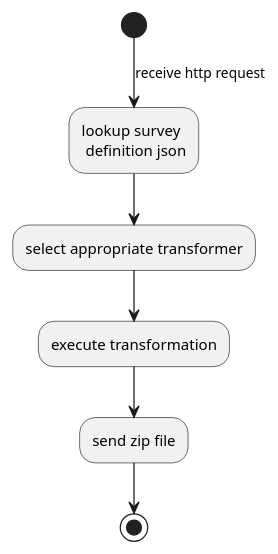
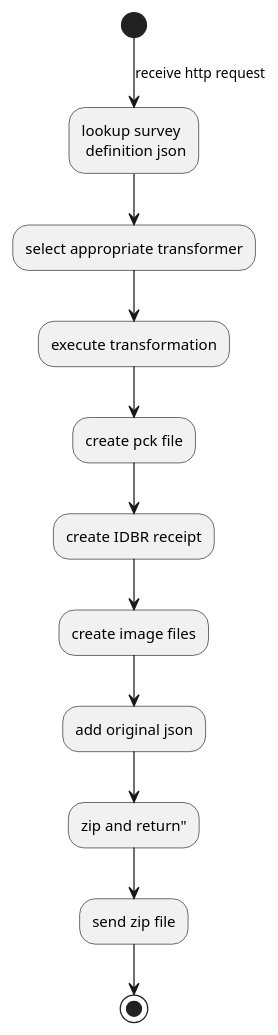
Before and after one commit to ONSdigital/sdx-transform-cs: the diagram in docs/uml/transform-activity.puml, drawn with PlantUML. The commit also changed 1 other file, not shown here.

Commit message:
updated diagrams

```diff
--- a/docs/uml/transform-activity.puml
+++ b/docs/uml/transform-activity.puml
@@ -1,9 +1,14 @@
 @startuml
 
 (*)  -->[receive http request] "lookup survey \n definition json" as A1
 --> "select appropriate transformer" as A2
 --> "execute transformation"
+--> "create pck file"
+--> "create IDBR receipt"
+--> "create image files"
+--> "add original json"
+--> zip and return"
 --> "send zip file"
 -->(*)
 
 @enduml
```
